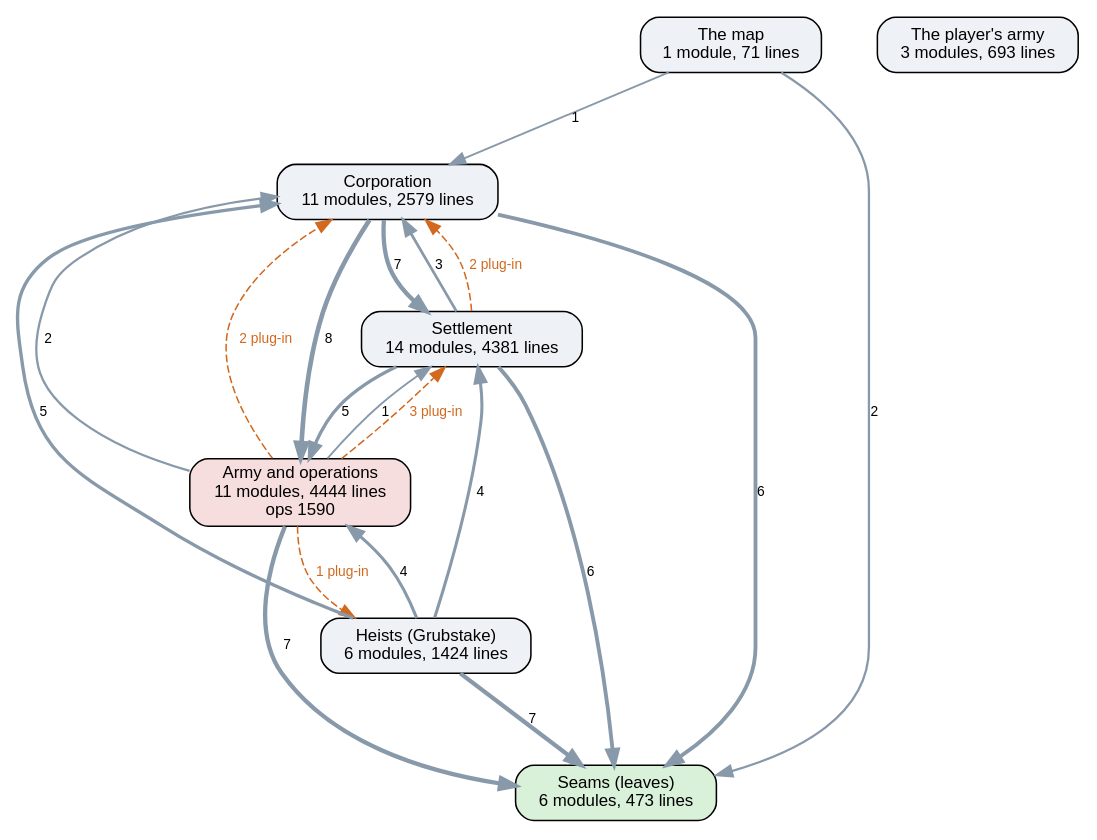
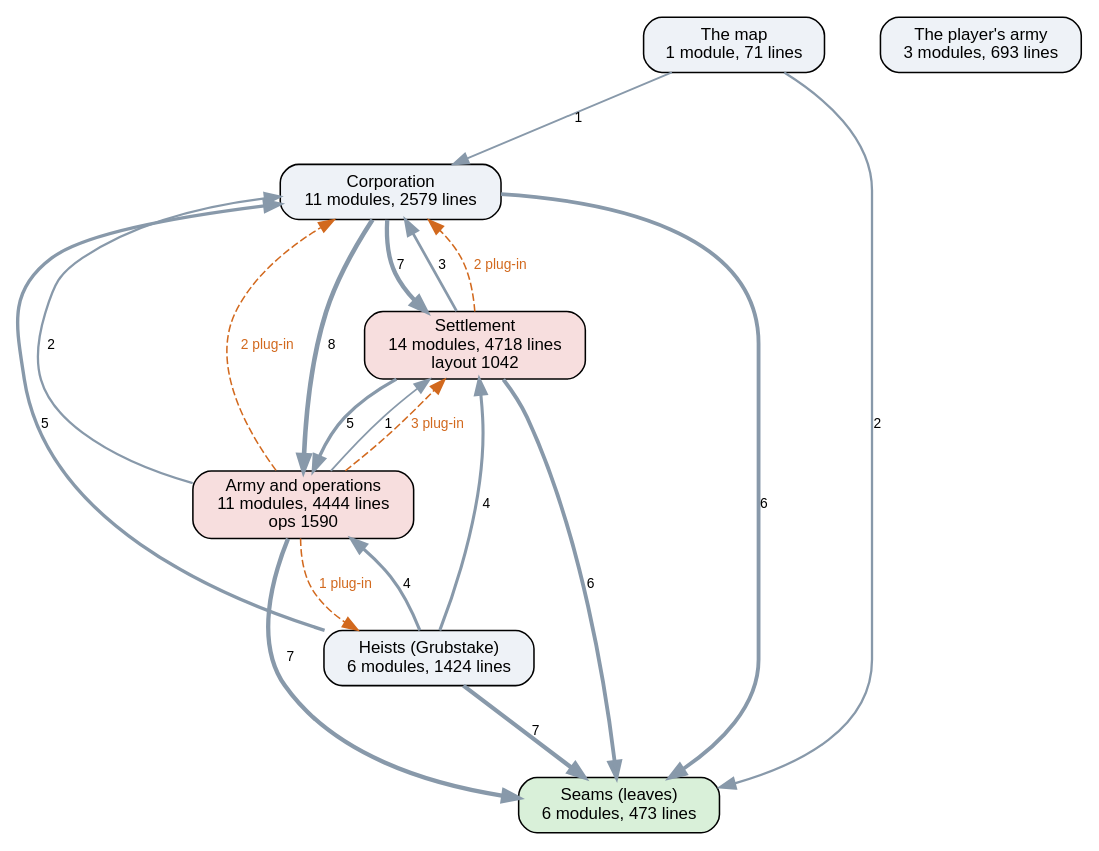
The diagram in docs/ai-layers.dot (kinelhu/landing-party), drawn with Graphviz before and after one commit. The commit also changed 15 other files, not shown here.

```diff
--- a/docs/ai-layers.dot
+++ b/docs/ai-layers.dot
@@ -1,31 +1,31 @@
 digraph layers {
   graph [rankdir=TB, fontname="Helvetica", nodesep=0.5, ranksep=0.7];
   node [shape=box, style="rounded,filled", fontname="Helvetica", fontsize=11, fillcolor="#eef2f7"];
   edge [color="#8899aa", fontname="Helvetica", fontsize=9];
   "Seams (leaves)" [label="Seams (leaves)\n6 modules, 473 lines", fillcolor="#d9f0d9"];
   "Corporation" [label="Corporation\n11 modules, 2579 lines", fillcolor="#eef2f7"];
-  "Settlement" [label="Settlement\n14 modules, 4381 lines", fillcolor="#eef2f7"];
+  "Settlement" [label="Settlement\n14 modules, 4718 lines\nlayout 1042", fillcolor="#f7dede"];
   "Army and operations" [label="Army and operations\n11 modules, 4444 lines\nops 1590", fillcolor="#f7dede"];
   "Heists (Grubstake)" [label="Heists (Grubstake)\n6 modules, 1424 lines", fillcolor="#eef2f7"];
   "The map" [label="The map\n1 module, 71 lines", fillcolor="#eef2f7"];
   "The player's army" [label="The player's army\n3 modules, 693 lines", fillcolor="#eef2f7"];
   "Army and operations" -> "Corporation" [label="2", penwidth=1.5];
   "Army and operations" -> "Seams (leaves)" [label="7", penwidth=2.8];
   "Army and operations" -> "Settlement" [label="1", penwidth=1.2];
   "Corporation" -> "Army and operations" [label="8", penwidth=3.0];
   "Corporation" -> "Seams (leaves)" [label="6", penwidth=2.5];
   "Corporation" -> "Settlement" [label="7", penwidth=2.8];
   "Heists (Grubstake)" -> "Army and operations" [label="4", penwidth=2.0];
   "Heists (Grubstake)" -> "Corporation" [label="5", penwidth=2.2];
   "Heists (Grubstake)" -> "Seams (leaves)" [label="7", penwidth=2.8];
   "Heists (Grubstake)" -> "Settlement" [label="4", penwidth=2.0];
   "Settlement" -> "Army and operations" [label="5", penwidth=2.2];
   "Settlement" -> "Corporation" [label="3", penwidth=1.8];
   "Settlement" -> "Seams (leaves)" [label="6", penwidth=2.5];
   "The map" -> "Corporation" [label="1", penwidth=1.2];
   "The map" -> "Seams (leaves)" [label="2", penwidth=1.5];
   "Army and operations" -> "Corporation" [style=dashed, color="#d2691e", fontcolor="#d2691e", label="2 plug-in"];
   "Army and operations" -> "Heists (Grubstake)" [style=dashed, color="#d2691e", fontcolor="#d2691e", label="1 plug-in"];
   "Army and operations" -> "Settlement" [style=dashed, color="#d2691e", fontcolor="#d2691e", label="3 plug-in"];
   "Settlement" -> "Corporation" [style=dashed, color="#d2691e", fontcolor="#d2691e", label="2 plug-in"];
 }
```
